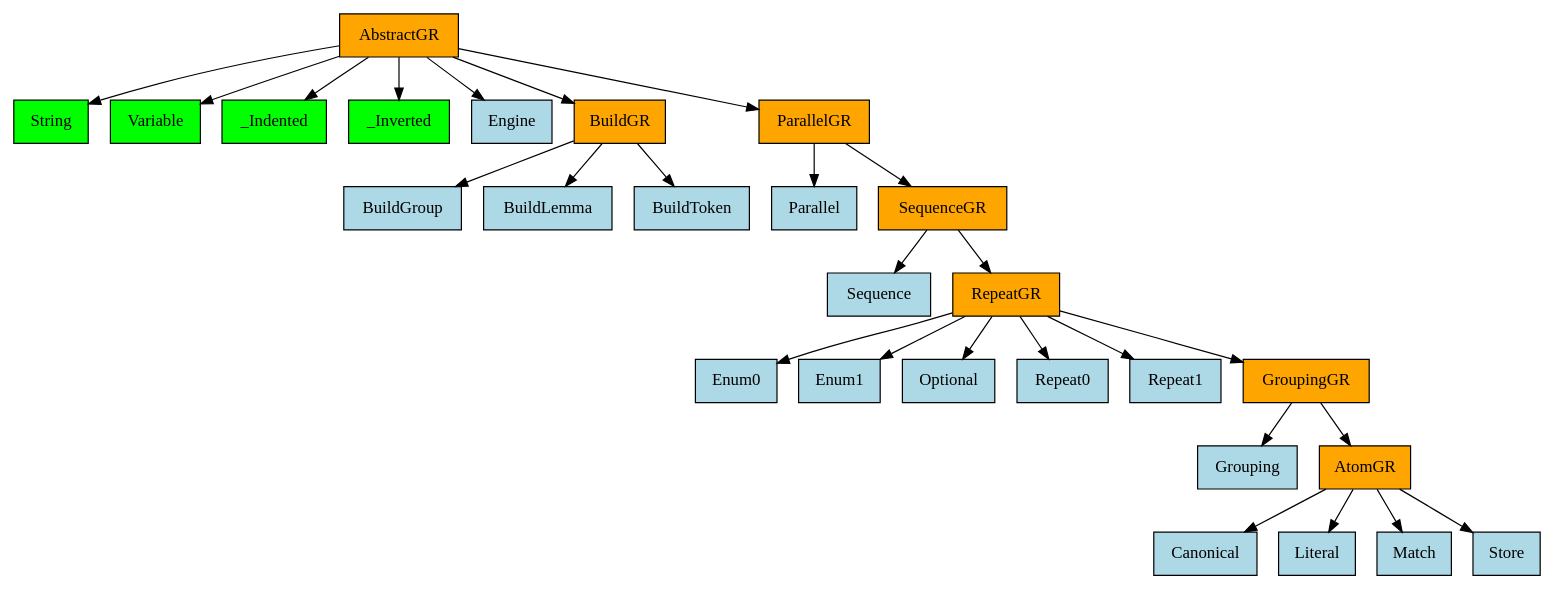
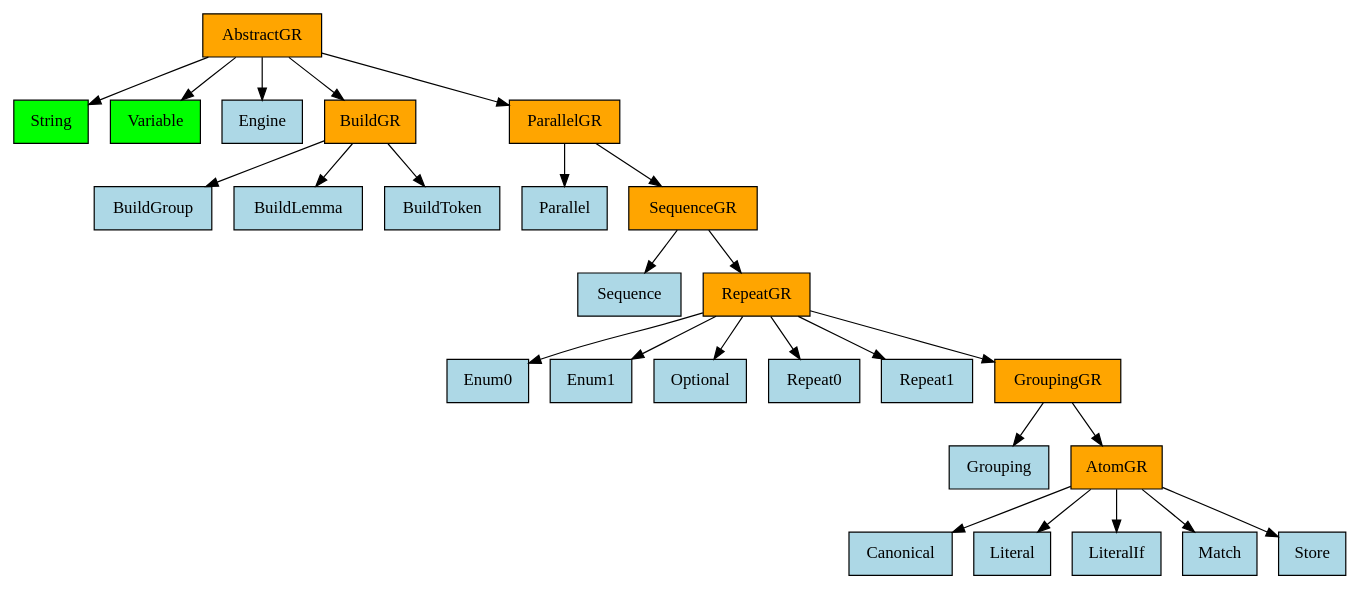
The diagram in language/base/bnf/v0_2_0/mro_graph.gv (GabrielAmare/Language), drawn with Graphviz before and after one commit. The commit also changed 9 other files, not shown here.

```diff
--- a/language/base/bnf/v0_2_0/mro_graph.gv
+++ b/language/base/bnf/v0_2_0/mro_graph.gv
@@ -1,55 +1,53 @@
 digraph {
 	0 [label=AbstractGR fillcolor=orange shape=rect style=filled]
 	1 [label=String fillcolor=lime shape=rect style=filled]
 	2 [label=Variable fillcolor=lime shape=rect style=filled]
-	3 [label=_Indented fillcolor=lime shape=rect style=filled]
-	4 [label=_Inverted fillcolor=lime shape=rect style=filled]
-	5 [label=Engine fillcolor=lightblue shape=rect style=filled]
-	6 [label=BuildGR fillcolor=orange shape=rect style=filled]
-	7 [label=ParallelGR fillcolor=orange shape=rect style=filled]
-	8 [label=BuildGroup fillcolor=lightblue shape=rect style=filled]
-	9 [label=BuildLemma fillcolor=lightblue shape=rect style=filled]
-	10 [label=BuildToken fillcolor=lightblue shape=rect style=filled]
-	11 [label=Parallel fillcolor=lightblue shape=rect style=filled]
-	12 [label=SequenceGR fillcolor=orange shape=rect style=filled]
-	13 [label=Sequence fillcolor=lightblue shape=rect style=filled]
-	14 [label=RepeatGR fillcolor=orange shape=rect style=filled]
-	15 [label=Enum0 fillcolor=lightblue shape=rect style=filled]
-	16 [label=Enum1 fillcolor=lightblue shape=rect style=filled]
-	17 [label=Optional fillcolor=lightblue shape=rect style=filled]
-	18 [label=Repeat0 fillcolor=lightblue shape=rect style=filled]
-	19 [label=Repeat1 fillcolor=lightblue shape=rect style=filled]
-	20 [label=GroupingGR fillcolor=orange shape=rect style=filled]
-	21 [label=Grouping fillcolor=lightblue shape=rect style=filled]
-	22 [label=AtomGR fillcolor=orange shape=rect style=filled]
-	23 [label=Canonical fillcolor=lightblue shape=rect style=filled]
-	24 [label=Literal fillcolor=lightblue shape=rect style=filled]
-	25 [label=Match fillcolor=lightblue shape=rect style=filled]
-	26 [label=Store fillcolor=lightblue shape=rect style=filled]
+	3 [label=Engine fillcolor=lightblue shape=rect style=filled]
+	4 [label=BuildGR fillcolor=orange shape=rect style=filled]
+	5 [label=ParallelGR fillcolor=orange shape=rect style=filled]
+	6 [label=BuildGroup fillcolor=lightblue shape=rect style=filled]
+	7 [label=BuildLemma fillcolor=lightblue shape=rect style=filled]
+	8 [label=BuildToken fillcolor=lightblue shape=rect style=filled]
+	9 [label=Parallel fillcolor=lightblue shape=rect style=filled]
+	10 [label=SequenceGR fillcolor=orange shape=rect style=filled]
+	11 [label=Sequence fillcolor=lightblue shape=rect style=filled]
+	12 [label=RepeatGR fillcolor=orange shape=rect style=filled]
+	13 [label=Enum0 fillcolor=lightblue shape=rect style=filled]
+	14 [label=Enum1 fillcolor=lightblue shape=rect style=filled]
+	15 [label=Optional fillcolor=lightblue shape=rect style=filled]
+	16 [label=Repeat0 fillcolor=lightblue shape=rect style=filled]
+	17 [label=Repeat1 fillcolor=lightblue shape=rect style=filled]
+	18 [label=GroupingGR fillcolor=orange shape=rect style=filled]
+	19 [label=Grouping fillcolor=lightblue shape=rect style=filled]
+	20 [label=AtomGR fillcolor=orange shape=rect style=filled]
+	21 [label=Canonical fillcolor=lightblue shape=rect style=filled]
+	22 [label=Literal fillcolor=lightblue shape=rect style=filled]
+	23 [label=LiteralIf fillcolor=lightblue shape=rect style=filled]
+	24 [label=Match fillcolor=lightblue shape=rect style=filled]
+	25 [label=Store fillcolor=lightblue shape=rect style=filled]
 	0 -> 1
 	0 -> 2
 	0 -> 3
 	0 -> 4
 	0 -> 5
-	0 -> 6
-	0 -> 7
-	6 -> 8
-	6 -> 9
-	6 -> 10
-	7 -> 11
-	7 -> 12
+	4 -> 6
+	4 -> 7
+	4 -> 8
+	5 -> 9
+	5 -> 10
+	10 -> 11
+	10 -> 12
 	12 -> 13
 	12 -> 14
-	14 -> 15
-	14 -> 16
-	14 -> 17
-	14 -> 18
-	14 -> 19
-	14 -> 20
+	12 -> 15
+	12 -> 16
+	12 -> 17
+	12 -> 18
+	18 -> 19
+	18 -> 20
 	20 -> 21
 	20 -> 22
-	22 -> 23
-	22 -> 24
-	22 -> 25
-	22 -> 26
+	20 -> 23
+	20 -> 24
+	20 -> 25
 }
```
